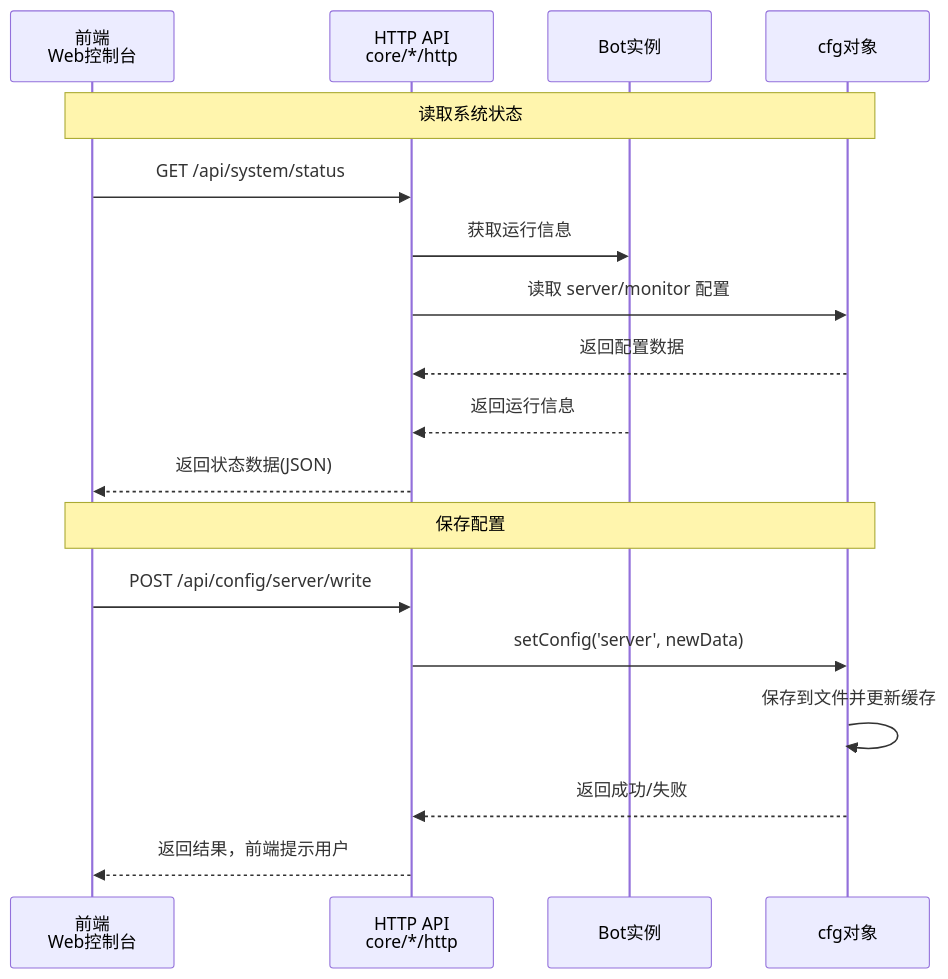
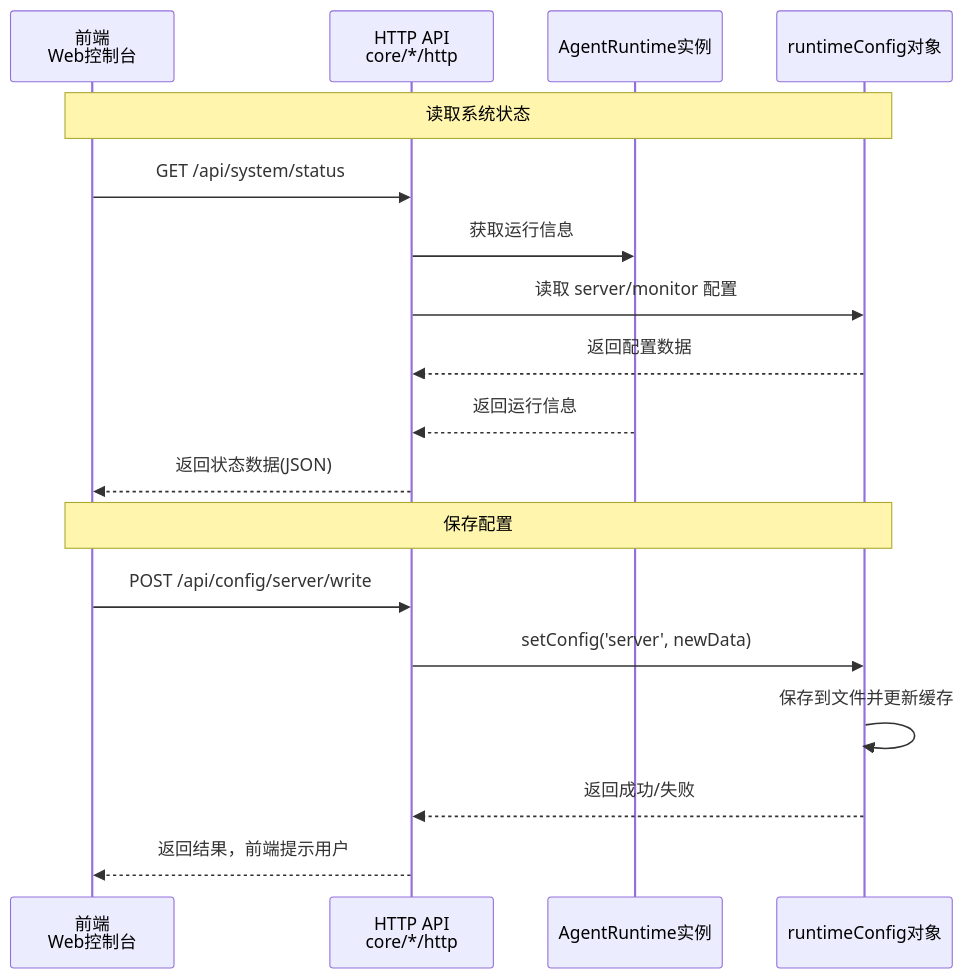
Before and after one commit to sunflowermm/XRK-AGT: the third of 8 diagrams in docs/app-dev.md, drawn with Mermaid. The commit also changed other lines of this file and 315 other files, not shown here.

````diff
--- a/docs/app-dev.md
+++ b/docs/app-dev.md
@@ -289,22 +289,22 @@
 ```mermaid
 sequenceDiagram
     participant FE as 前端<br/>Web控制台
     participant API as HTTP API<br/>core/*/http
-    participant Bot as Bot实例
-    participant Cfg as cfg对象
+    participant AgentRuntime as AgentRuntime实例
+    participant Cfg as runtimeConfig对象
 
     Note over FE,Cfg: 读取系统状态
     FE->>API: GET /api/system/status
-    API->>Bot: 获取运行信息
+    API->>AgentRuntime: 获取运行信息
     API->>Cfg: 读取 server/monitor 配置
     Cfg-->>API: 返回配置数据
-    Bot-->>API: 返回运行信息
+    AgentRuntime-->>API: 返回运行信息
     API-->>FE: 返回状态数据(JSON)
 
     Note over FE,Cfg: 保存配置
     FE->>API: POST /api/config/server/write
     API->>Cfg: setConfig('server', newData)
     Cfg->>Cfg: 保存到文件并更新缓存
     Cfg-->>API: 返回成功/失败
     API-->>FE: 返回结果，前端提示用户
 ```
````
